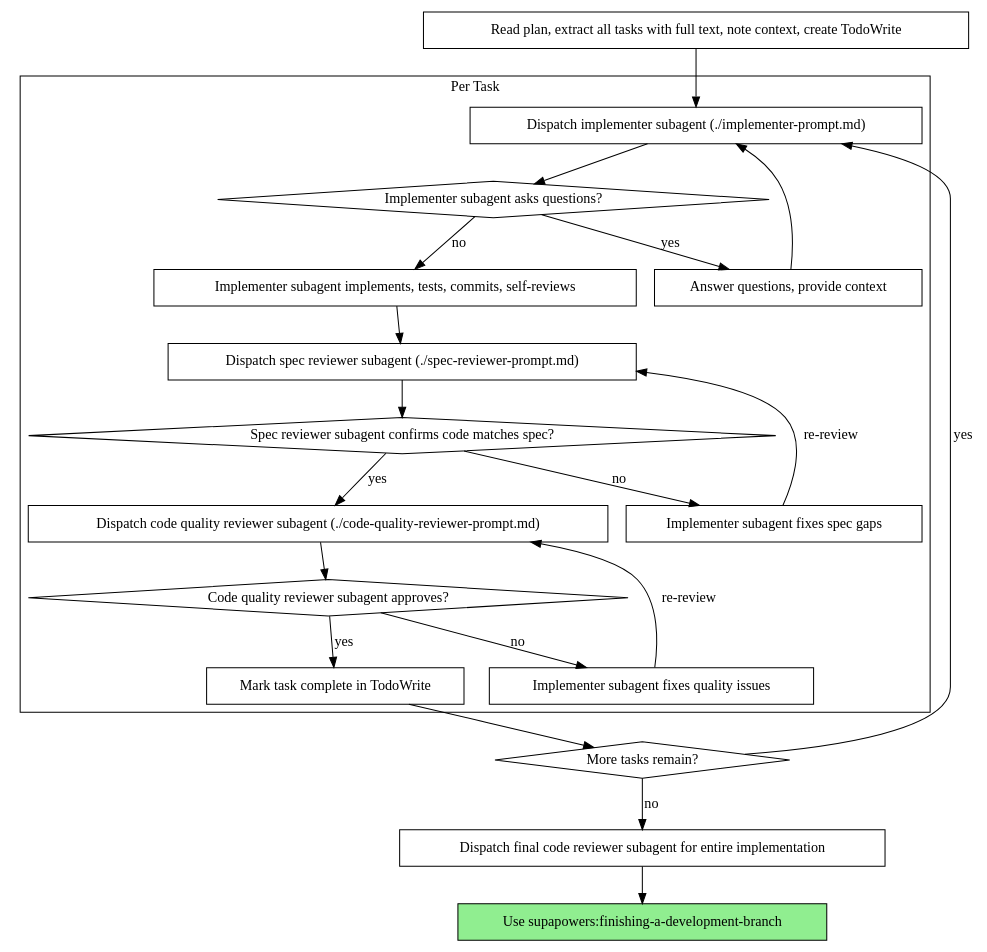
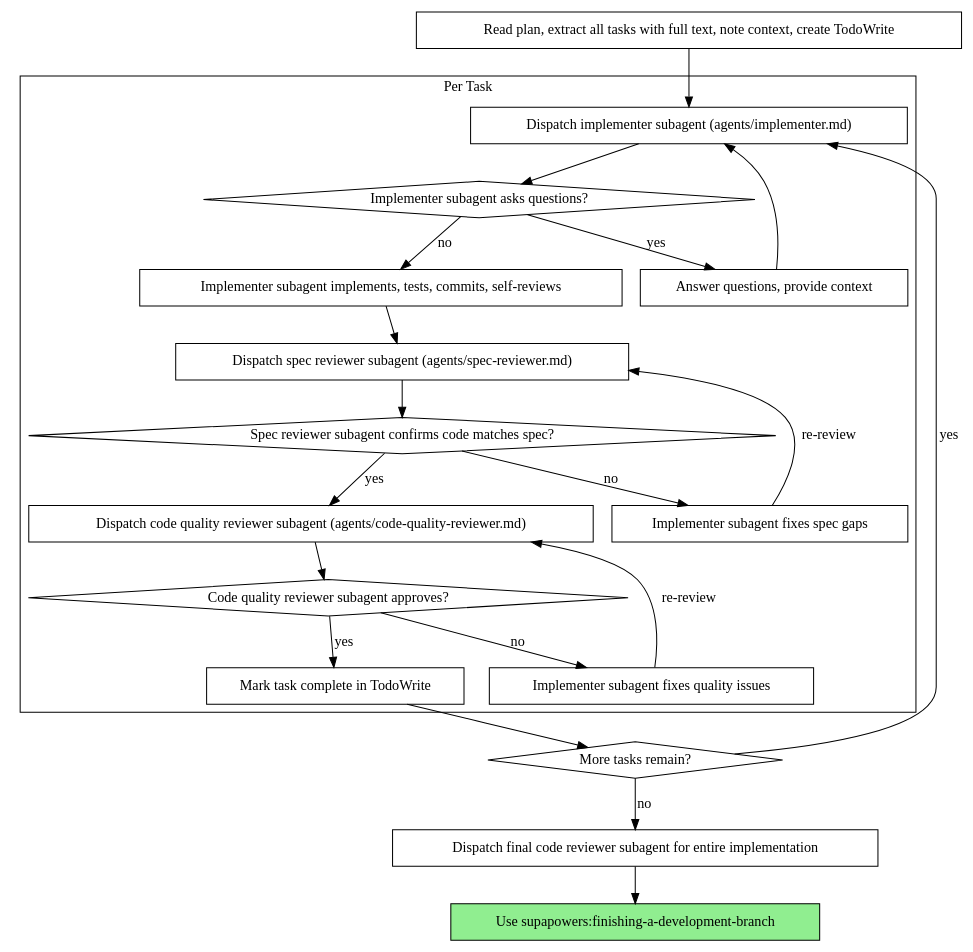
One commit to armstrongl/superpowers changed the second of 2 diagrams in skills/subagent-driven-development/SKILL.md. Above: the diagram before and after it, drawn with Graphviz. The commit also changed other lines of this file and 105 other files, not shown here.

````diff
--- a/skills/subagent-driven-development/SKILL.md
+++ b/skills/subagent-driven-development/SKILL.md
@@ -42,44 +45,44 @@
 ```dot
 digraph process {
     rankdir=TB;
 
     subgraph cluster_per_task {
         label="Per Task";
-        "Dispatch implementer subagent (./implementer-prompt.md)" [shape=box];
+        "Dispatch implementer subagent (agents/implementer.md)" [shape=box];
         "Implementer subagent asks questions?" [shape=diamond];
         "Answer questions, provide context" [shape=box];
         "Implementer subagent implements, tests, commits, self-reviews" [shape=box];
-        "Dispatch spec reviewer subagent (./spec-reviewer-prompt.md)" [shape=box];
+        "Dispatch spec reviewer subagent (agents/spec-reviewer.md)" [shape=box];
         "Spec reviewer subagent confirms code matches spec?" [shape=diamond];
         "Implementer subagent fixes spec gaps" [shape=box];
-        "Dispatch code quality reviewer subagent (./code-quality-reviewer-prompt.md)" [shape=box];
+        "Dispatch code quality reviewer subagent (agents/code-quality-reviewer.md)" [shape=box];
         "Code quality reviewer subagent approves?" [shape=diamond];
         "Implementer subagent fixes quality issues" [shape=box];
         "Mark task complete in TodoWrite" [shape=box];
     }
 
     "Read plan, extract all tasks with full text, note context, create TodoWrite" [shape=box];
     "More tasks remain?" [shape=diamond];
     "Dispatch final code reviewer subagent for entire implementation" [shape=box];
     "Use supapowers:finishing-a-development-branch" [shape=box style=filled fillcolor=lightgreen];
 
-    "Read plan, extract all tasks with full text, note context, create TodoWrite" -> "Dispatch implementer subagent (./implementer-prompt.md)";
-    "Dispatch implementer subagent (./implementer-prompt.md)" -> "Implementer subagent asks questions?";
+    "Read plan, extract all tasks with full text, note context, create TodoWrite" -> "Dispatch implementer subagent (agents/implementer.md)";
+    "Dispatch implementer subagent (agents/implementer.md)" -> "Implementer subagent asks questions?";
     "Implementer subagent asks questions?" -> "Answer questions, provide context" [label="yes"];
-    "Answer questions, provide context" -> "Dispatch implementer subagent (./implementer-prompt.md)";
+    "Answer questions, provide context" -> "Dispatch implementer subagent (agents/implementer.md)";
     "Implementer subagent asks questions?" -> "Implementer subagent implements, tests, commits, self-reviews" [label="no"];
-    "Implementer subagent implements, tests, commits, self-reviews" -> "Dispatch spec reviewer subagent (./spec-reviewer-prompt.md)";
-    "Dispatch spec reviewer subagent (./spec-reviewer-prompt.md)" -> "Spec reviewer subagent confirms code matches spec?";
+    "Implementer subagent implements, tests, commits, self-reviews" -> "Dispatch spec reviewer subagent (agents/spec-reviewer.md)";
+    "Dispatch spec reviewer subagent (agents/spec-reviewer.md)" -> "Spec reviewer subagent confirms code matches spec?";
     "Spec reviewer subagent confirms code matches spec?" -> "Implementer subagent fixes spec gaps" [label="no"];
-    "Implementer subagent fixes spec gaps" -> "Dispatch spec reviewer subagent (./spec-reviewer-prompt.md)" [label="re-review"];
-    "Spec reviewer subagent confirms code matches spec?" -> "Dispatch code quality reviewer subagent (./code-quality-reviewer-prompt.md)" [label="yes"];
-    "Dispatch code quality reviewer subagent (./code-quality-reviewer-prompt.md)" -> "Code quality reviewer subagent approves?";
+    "Implementer subagent fixes spec gaps" -> "Dispatch spec reviewer subagent (agents/spec-reviewer.md)" [label="re-review"];
+    "Spec reviewer subagent confirms code matches spec?" -> "Dispatch code quality reviewer subagent (agents/code-quality-reviewer.md)" [label="yes"];
+    "Dispatch code quality reviewer subagent (agents/code-quality-reviewer.md)" -> "Code quality reviewer subagent approves?";
     "Code quality reviewer subagent approves?" -> "Implementer subagent fixes quality issues" [label="no"];
-    "Implementer subagent fixes quality issues" -> "Dispatch code quality reviewer subagent (./code-quality-reviewer-prompt.md)" [label="re-review"];
+    "Implementer subagent fixes quality issues" -> "Dispatch code quality reviewer subagent (agents/code-quality-reviewer.md)" [label="re-review"];
     "Code quality reviewer subagent approves?" -> "Mark task complete in TodoWrite" [label="yes"];
     "Mark task complete in TodoWrite" -> "More tasks remain?";
-    "More tasks remain?" -> "Dispatch implementer subagent (./implementer-prompt.md)" [label="yes"];
+    "More tasks remain?" -> "Dispatch implementer subagent (agents/implementer.md)" [label="yes"];
     "More tasks remain?" -> "Dispatch final code reviewer subagent for entire implementation" [label="no"];
     "Dispatch final code reviewer subagent for entire implementation" -> "Use supapowers:finishing-a-development-branch";
 }
 ```
````
